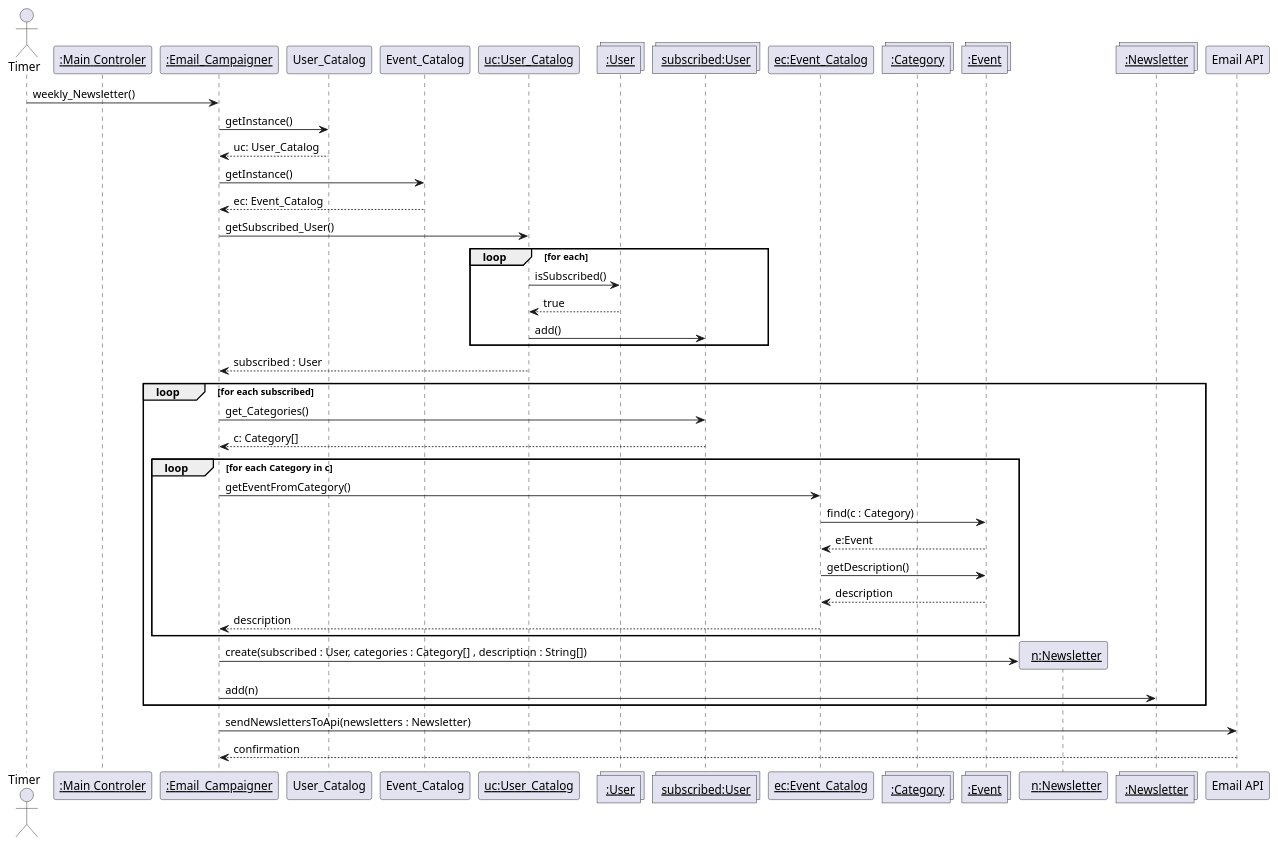
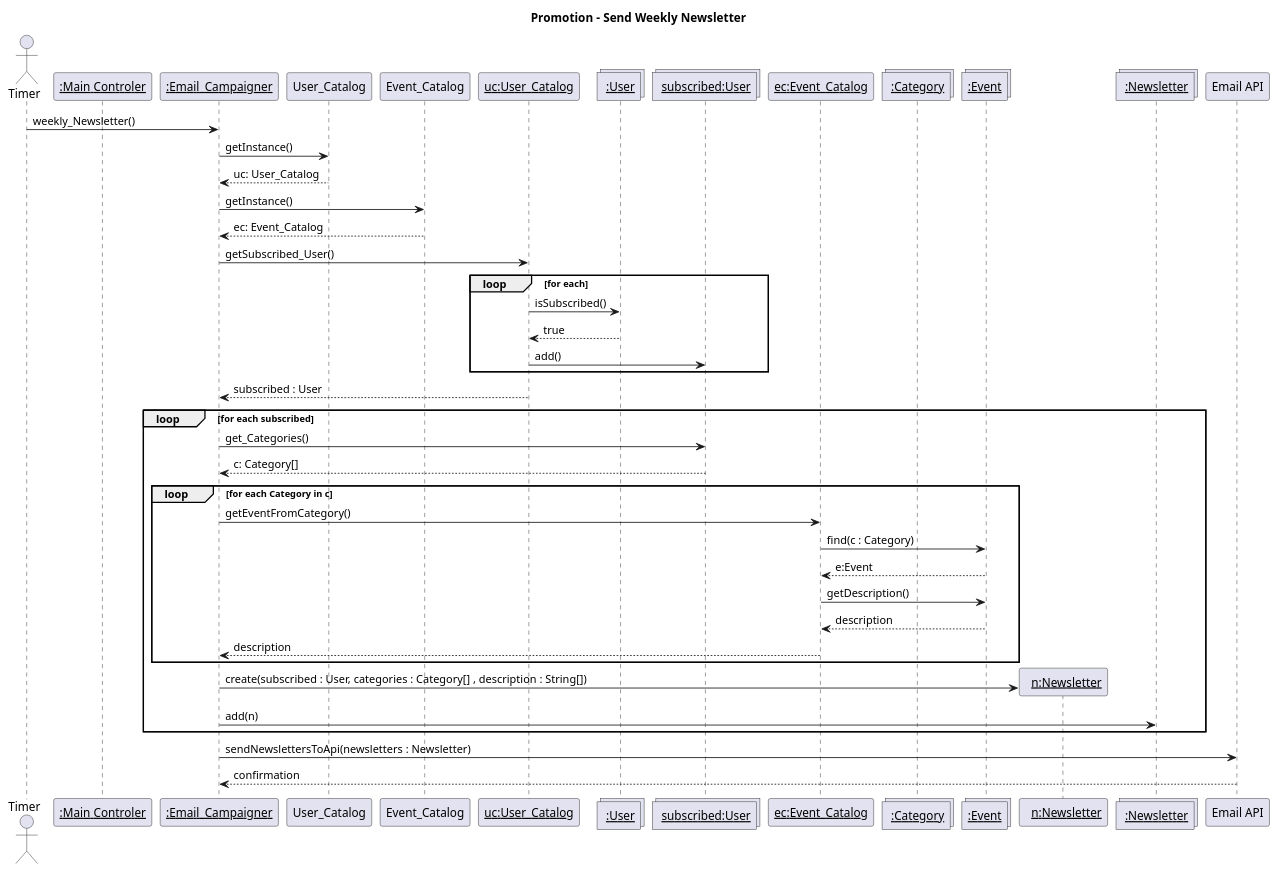
Before and after one commit to DominiqueProulx/SOEN343-PartyPoopers: the diagram in Documentation/Sequence Diagrams/sd_reg_newsletter.puml, drawn with PlantUML. The commit also changed other lines of this file and 2 other files, not shown here.

```diff
--- a/Documentation/Sequence Diagrams/sd_reg_newsletter.puml
+++ b/Documentation/Sequence Diagrams/sd_reg_newsletter.puml
@@ -4,52 +1,52 @@
 @startuml
-
+title : Promotion - Send Weekly Newsletter
 actor Timer
 participant "__:Main Controler__" as mc
 participant "__:Email_Campaigner__" as emailc
 participant "User_Catalog" as uc_class
 participant "Event_Catalog" as ec_class
 participant "__uc:User_Catalog__" as uc
 collections " __:User__" as user 
 collections " __subscribed:User__" as subscribeduser 
 participant "__ec:Event_Catalog__" as ec
 collections " __:Category__" as categories 
 collections "__:Event__"  as event
 participant " __ n:Newsletter__" as newNewsletter
 collections " __:Newsletter__" as newsletters
 participant "Email API" as emailapi
 
 Timer -> emailc: weekly_Newsletter()
 emailc -> uc_class : getInstance()
 uc_class --> emailc : uc: User_Catalog
 emailc ->  ec_class : getInstance()
 ec_class --> emailc : ec: Event_Catalog
 emailc -> uc : getSubscribed_User()
 
 loop for each
         uc -> user : isSubscribed() 
         uc <-- user : true 
         uc -> subscribeduser : add()
     
 end
 uc --> emailc : subscribed : User
 
 loop for each subscribed
         emailc -> subscribeduser :  get_Categories()
         subscribeduser --> emailc : c: Category[]
 
         loop for each Category in c
             emailc -> ec : getEventFromCategory()
             ec -> event :  find(c : Category)
             event --> ec : e:Event 
             ec -> event : getDescription()
             event --> ec :  description
             ec --> emailc : description
         end
 
         emailc -> newNewsletter ** : create(subscribed : User, categories : Category[] , description : String[])
         emailc -> newsletters : add(n)
  end 
 emailc -> emailapi : sendNewslettersToApi(newsletters : Newsletter)
 emailapi --> emailc :  confirmation
 
 @enduml
```
